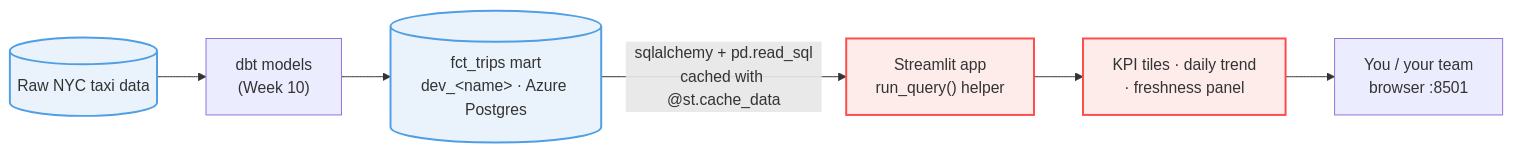
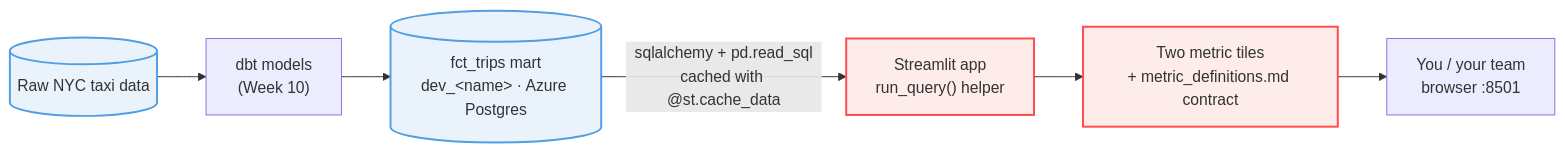
Before and after one commit to lassebenni/nyc-taxi-streamlit-reference: the diagram in README.md, drawn with Mermaid. The commit also changed other lines of this file and 3 other files, not shown here.

````diff
--- a/README.md
+++ b/README.md
@@ -8,13 +12,13 @@
 ```mermaid
 flowchart LR
     raw[("Raw NYC taxi data")] --> dbt["dbt models<br/>(Week 10)"]
     dbt --> mart[("fct_trips mart<br/>dev_&lt;name&gt; · Azure Postgres")]
     mart -->|"sqlalchemy + pd.read_sql<br/>cached with @st.cache_data"| app["Streamlit app<br/>run_query() helper"]
-    app --> panels["KPI tiles · daily trend<br/>· freshness panel"]
+    app --> panels["Two metric tiles<br/>+ metric_definitions.md contract"]
     panels --> user["You / your team<br/>browser :8501"]
 
     classDef store fill:#eaf3fc,stroke:#509ee3,stroke-width:2px,color:#333;
     classDef code fill:#fdecea,stroke:#ff4b4b,stroke-width:2px,color:#333;
     class raw,mart store;
     class app,panels code;
 ```
````
